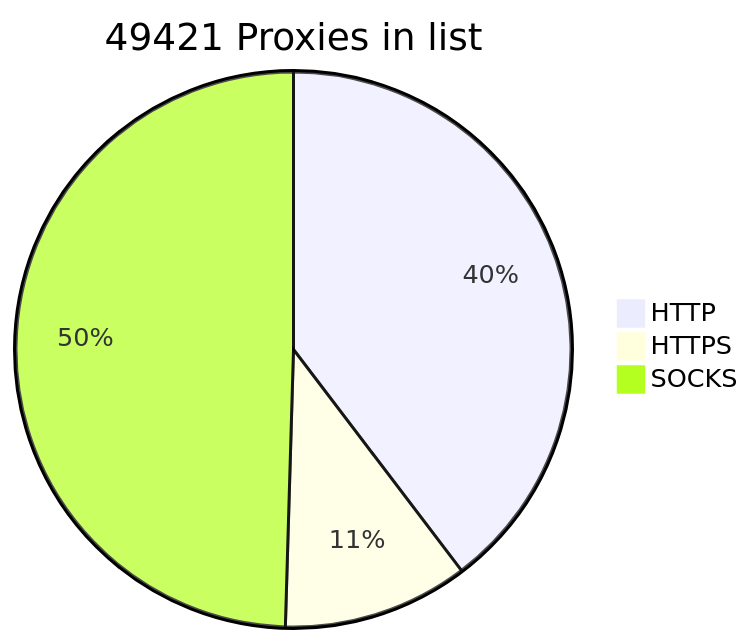
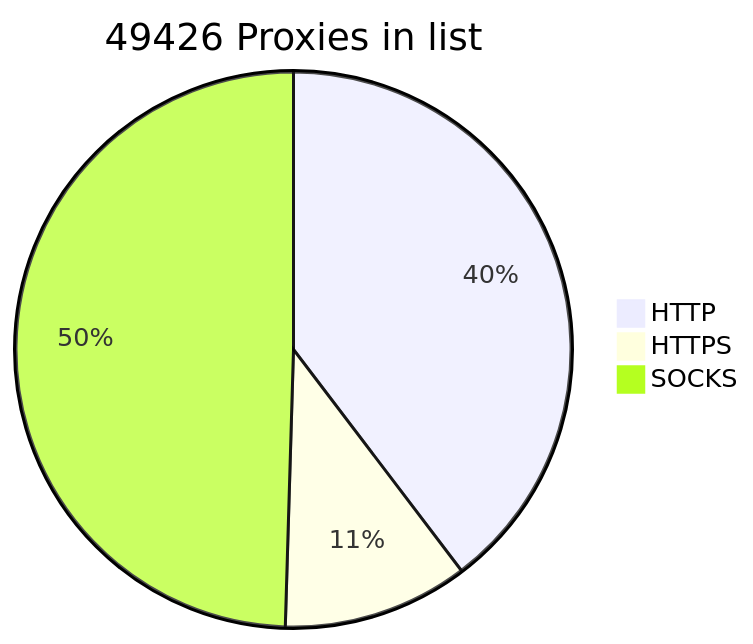
One commit to BlackSnowDot/proxylist-update-every-minute changed the diagram in README.md. Above: the diagram before and after it, drawn with Mermaid.

````diff
--- a/README.md
+++ b/README.md
@@ -2,6 +2,6 @@
 ```mermaid
-pie title 49421 Proxies in list
-    "HTTP" : 21668
+pie title 49426 Proxies in list
+    "HTTP" : 21673
     "HTTPS": 5906
     "SOCKS" : 27064
 ```
````
